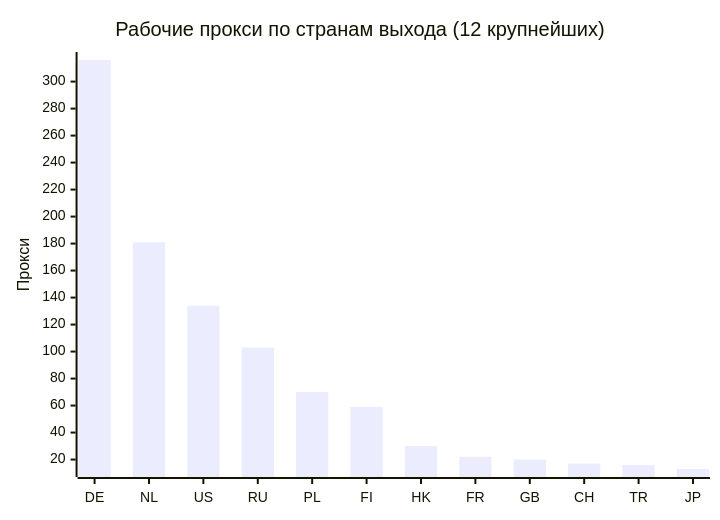
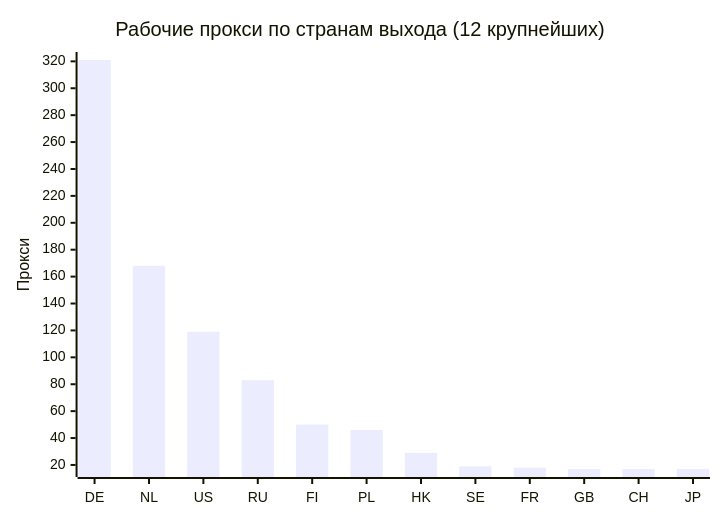
Before and after one commit to rvvg/proxy-subs: the second of 4 diagrams in README.md, drawn with Mermaid. The commit also changed other lines of this file and 49 other files, not shown here.

````diff
--- a/README.md
+++ b/README.md
@@ -128,7 +132,7 @@
 ```mermaid
 xychart-beta
     title "Рабочие прокси по странам выхода (12 крупнейших)"
-    x-axis ["DE", "NL", "US", "RU", "PL", "FI", "HK", "FR", "GB", "CH", "TR", "JP"]
+    x-axis ["DE", "NL", "US", "RU", "FI", "PL", "HK", "SE", "FR", "GB", "CH", "JP"]
     y-axis "Прокси"
-    bar [316, 181, 134, 103, 70, 59, 30, 22, 20, 17, 16, 13]
+    bar [321, 168, 119, 83, 50, 46, 29, 19, 18, 17, 17, 17]
 ```
````
